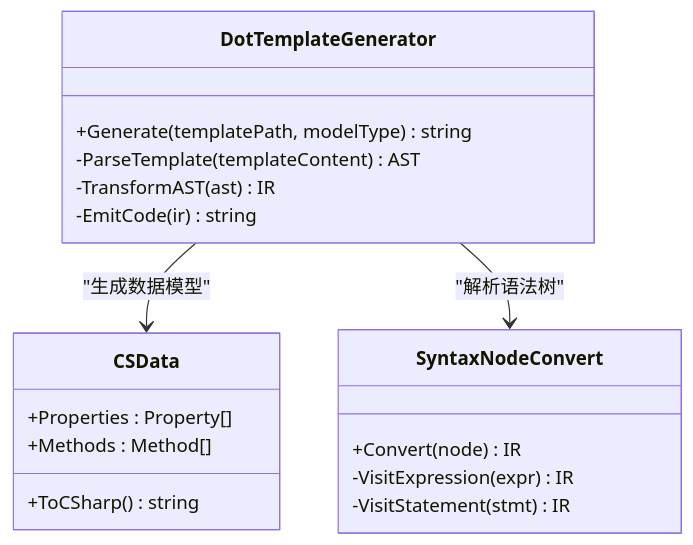
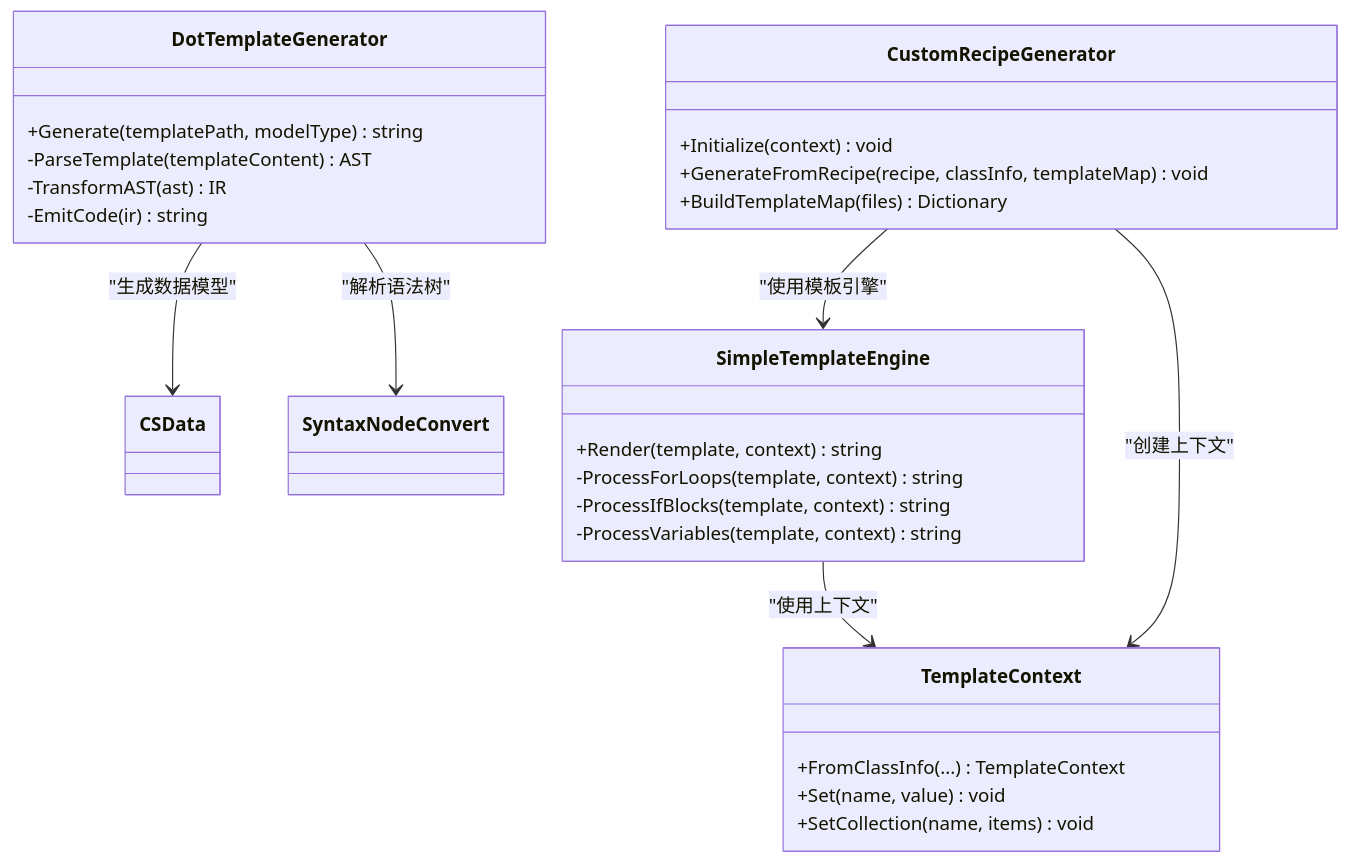
Before and after one commit to alivy/AutoCode: the sixth of 8 diagrams in .qoder/repowiki/zh/content/模板系统/模板系统.md, drawn with Mermaid. The commit also changed other lines of this file and 279 other files, not shown here.

````diff
--- a/.qoder/repowiki/zh/content/模板系统/模板系统.md
+++ b/.qoder/repowiki/zh/content/模板系统/模板系统.md
@@ -235,21 +420,30 @@
 ```mermaid
 classDiagram
 class DotTemplateGenerator {
 +Generate(templatePath, modelType) string
 -ParseTemplate(templateContent) AST
 -TransformAST(ast) IR
 -EmitCode(ir) string
 }
-class CSData {
-+Properties : Property[]
-+Methods : Method[]
-+ToCSharp() string
+class CustomRecipeGenerator {
++Initialize(context) void
++GenerateFromRecipe(recipe, classInfo, templateMap) void
++BuildTemplateMap(files) Dictionary
 }
-class SyntaxNodeConvert {
-+Convert(node) IR
--VisitExpression(expr) IR
--VisitStatement(stmt) IR
+class SimpleTemplateEngine {
++Render(template, context) string
+-ProcessForLoops(template, context) string
+-ProcessIfBlocks(template, context) string
+-ProcessVariables(template, context) string
+}
+class TemplateContext {
++FromClassInfo(...) TemplateContext
++Set(name, value) void
++SetCollection(name, items) void
 }
 DotTemplateGenerator --> CSData : "生成数据模型"
 DotTemplateGenerator --> SyntaxNodeConvert : "解析语法树"
+CustomRecipeGenerator --> SimpleTemplateEngine : "使用模板引擎"
+CustomRecipeGenerator --> TemplateContext : "创建上下文"
+SimpleTemplateEngine --> TemplateContext : "使用上下文"
 ```
````
